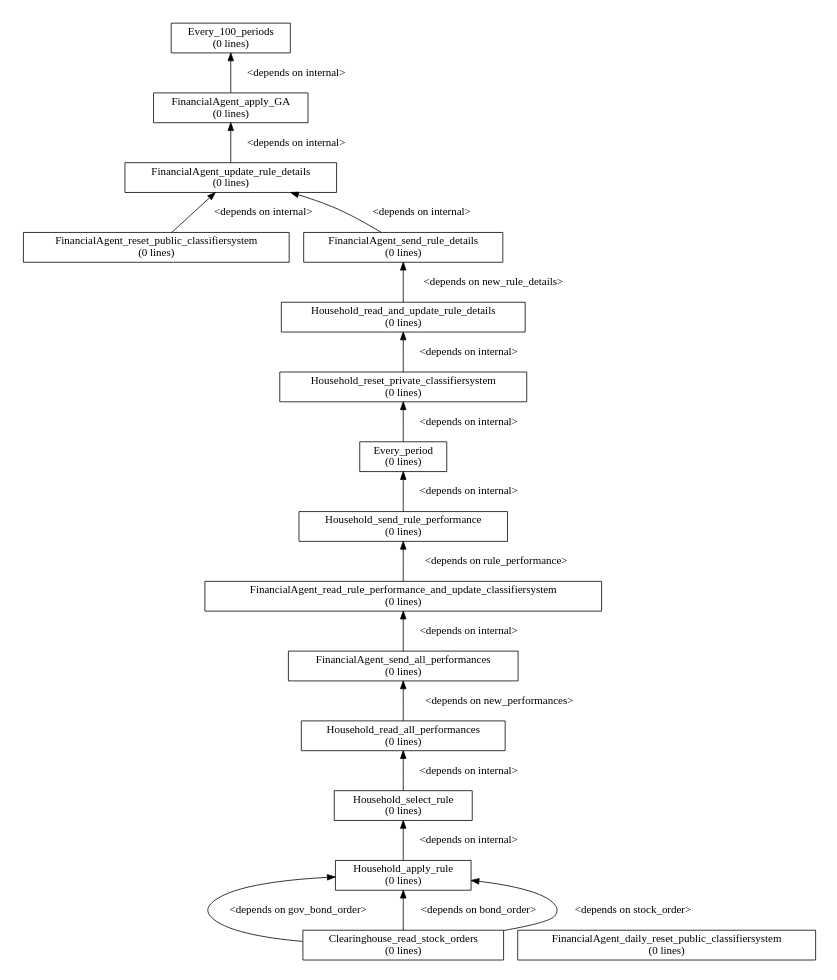
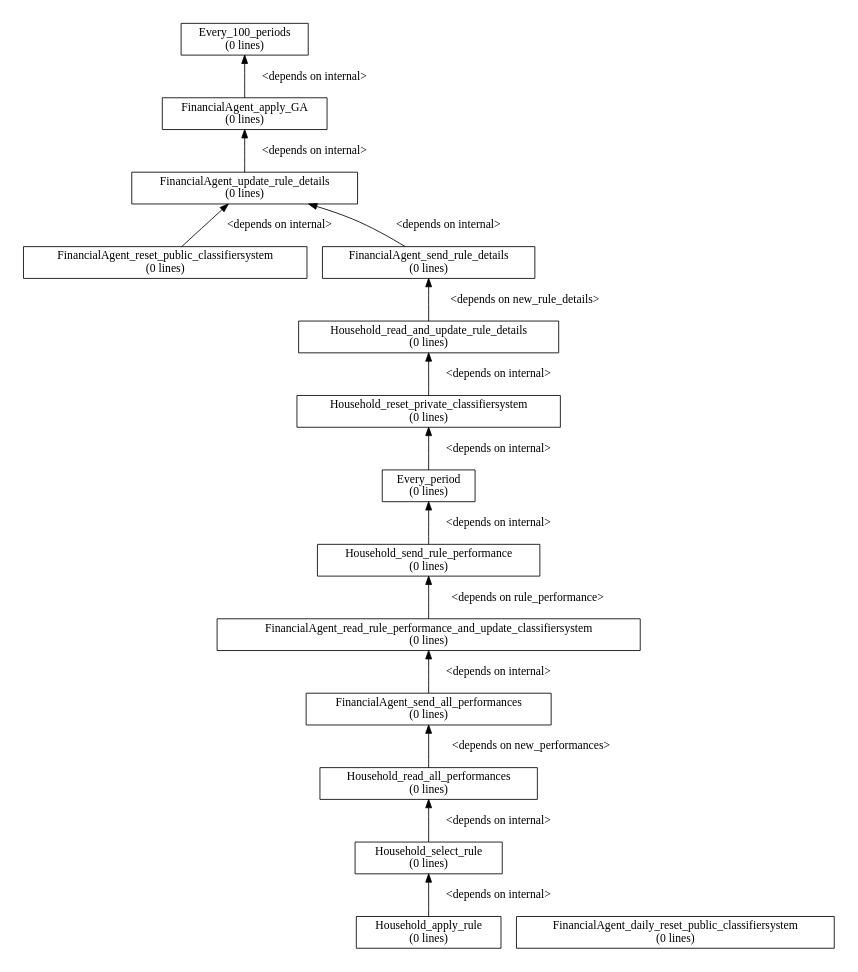
Before and after one commit to ETACE/EURACE: the diagram in models/AFM/afm_branches/initial/ewa_learning/dgraph.dot, drawn with Graphviz. The commit also changed 18 other files, not shown here.

```diff
--- a/models/AFM/afm_branches/initial/ewa_learning/dgraph.dot
+++ b/models/AFM/afm_branches/initial/ewa_learning/dgraph.dot
@@ -1,41 +1,37 @@
 digraph dependency_graph {
 	rankdir=BT;
 	size="8,5;"
 	node [shape = rect];
 	
 	/* Functions */
 	FinancialAgent_send_rule_details[height = 0.000000, label = "FinancialAgent_send_rule_details\n(0 lines)"]
 	FinancialAgent_reset_public_classifiersystem[height = 0.000000, label = "FinancialAgent_reset_public_classifiersystem\n(0 lines)"]
 	FinancialAgent_update_rule_details[height = 0.000000, label = "FinancialAgent_update_rule_details\n(0 lines)"]
 	FinancialAgent_apply_GA[height = 0.000000, label = "FinancialAgent_apply_GA\n(0 lines)"]
 	Every_100_periods[height = 0.000000, label = "Every_100_periods\n(0 lines)"]
 	FinancialAgent_send_all_performances[height = 0.000000, label = "FinancialAgent_send_all_performances\n(0 lines)"]
 	FinancialAgent_read_rule_performance_and_update_classifiersystem[height = 0.000000, label = "FinancialAgent_read_rule_performance_and_update_classifiersystem\n(0 lines)"]
 	FinancialAgent_daily_reset_public_classifiersystem[height = 0.000000, label = "FinancialAgent_daily_reset_public_classifiersystem\n(0 lines)"]
-	Clearinghouse_read_stock_orders[height = 0.000000, label = "Clearinghouse_read_stock_orders\n(0 lines)"]
 	Household_reset_private_classifiersystem[height = 0.000000, label = "Household_reset_private_classifiersystem\n(0 lines)"]
 	Household_read_and_update_rule_details[height = 0.000000, label = "Household_read_and_update_rule_details\n(0 lines)"]
 	Household_apply_rule[height = 0.000000, label = "Household_apply_rule\n(0 lines)"]
 	Household_select_rule[height = 0.000000, label = "Household_select_rule\n(0 lines)"]
 	Household_read_all_performances[height = 0.000000, label = "Household_read_all_performances\n(0 lines)"]
 	Household_send_rule_performance[height = 0.000000, label = "Household_send_rule_performance\n(0 lines)"]
 	Every_period[height = 0.000000, label = "Every_period\n(0 lines)"]
 	
 	/* Dependencies */
 	FinancialAgent_send_rule_details -> FinancialAgent_update_rule_details [ label = "<depends on internal>" ];
 	FinancialAgent_reset_public_classifiersystem -> FinancialAgent_update_rule_details [ label = "<depends on internal>" ];
 	FinancialAgent_update_rule_details -> FinancialAgent_apply_GA [ label = "<depends on internal>" ];
 	FinancialAgent_apply_GA -> Every_100_periods [ label = "<depends on internal>" ];
 	FinancialAgent_send_all_performances -> FinancialAgent_read_rule_performance_and_update_classifiersystem [ label = "<depends on internal>" ];
 	FinancialAgent_read_rule_performance_and_update_classifiersystem -> Household_send_rule_performance [ label = "<depends on rule_performance>" ];
-	Clearinghouse_read_stock_orders -> Household_apply_rule [ label = "<depends on gov_bond_order>" ];
-	Clearinghouse_read_stock_orders -> Household_apply_rule [ label = "<depends on bond_order>" ];
-	Clearinghouse_read_stock_orders -> Household_apply_rule [ label = "<depends on stock_order>" ];
 	Household_reset_private_classifiersystem -> Household_read_and_update_rule_details [ label = "<depends on internal>" ];
 	Household_read_and_update_rule_details -> FinancialAgent_send_rule_details [ label = "<depends on new_rule_details>" ];
 	Household_apply_rule -> Household_select_rule [ label = "<depends on internal>" ];
 	Household_select_rule -> Household_read_all_performances [ label = "<depends on internal>" ];
 	Household_read_all_performances -> FinancialAgent_send_all_performances [ label = "<depends on new_performances>" ];
 	Household_send_rule_performance -> Every_period [ label = "<depends on internal>" ];
 	Every_period -> Household_reset_private_classifiersystem [ label = "<depends on internal>" ];
 }
```
